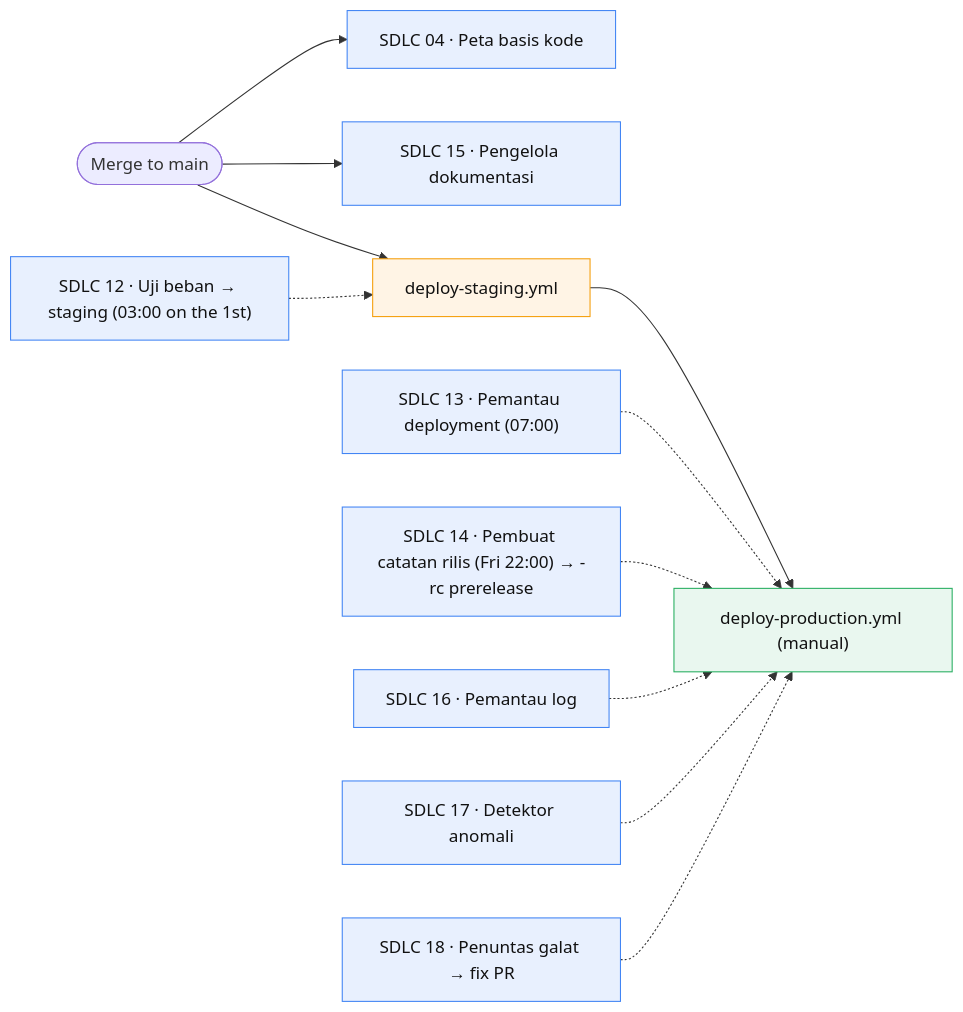
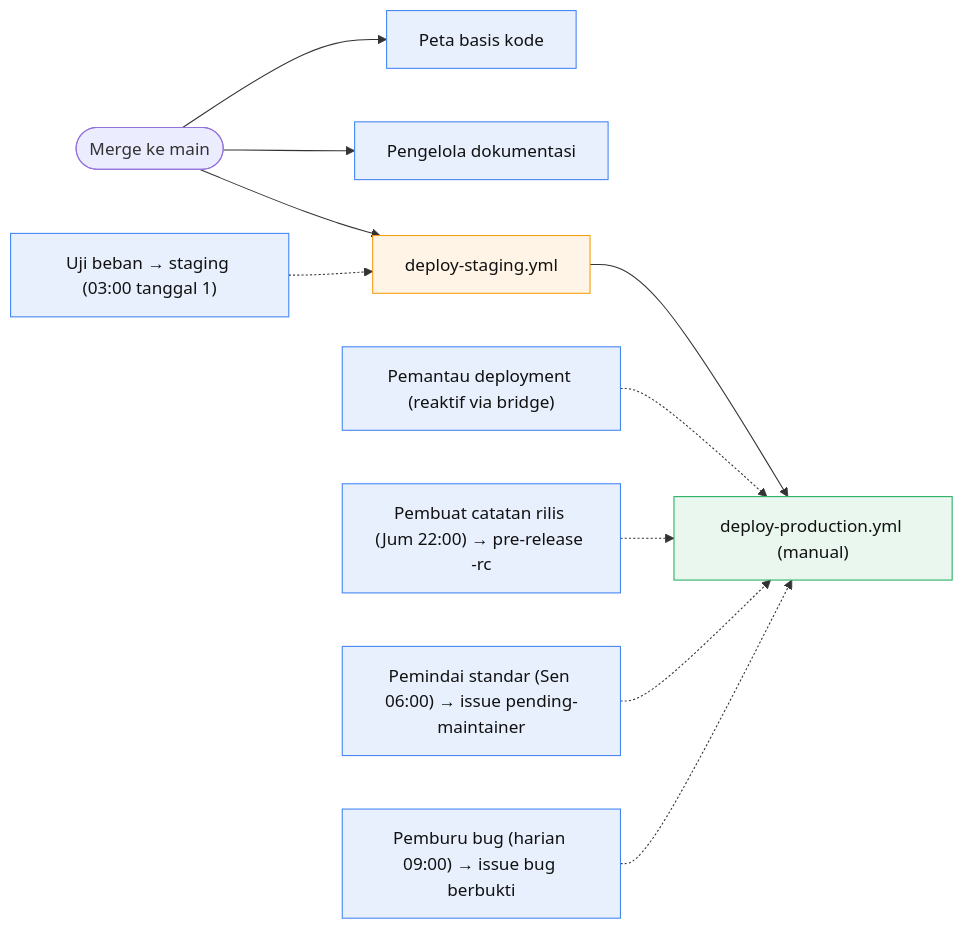
One commit to ypcipansor/cipansor changed the fourth of 5 diagrams in docs/SDLC-FLOW.md. Above: the diagram before and after it, drawn with Mermaid. The commit also changed other lines of this file and 21 other files, not shown here.

````diff
--- a/docs/SDLC-FLOW.md
+++ b/docs/SDLC-FLOW.md
@@ -139,18 +149,17 @@
 ```mermaid
 flowchart LR
   classDef cloud fill:#e8f0fe,stroke:#4285f4,color:#111;
   classDef gh fill:#fff4e5,stroke:#f59e0b,color:#111;
   classDef human fill:#e9f7ef,stroke:#27ae60,color:#111;
 
-  MG([Merge to main]) --> C4["SDLC 04 · Peta basis kode"]:::cloud
-  MG --> C15["SDLC 15 · Pengelola dokumentasi"]:::cloud
+  MG([Merge ke main]) --> C3["Peta basis kode"]:::cloud
+  MG --> C14["Pengelola dokumentasi"]:::cloud
   MG --> STG["deploy-staging.yml"]:::gh
   STG --> PROD["deploy-production.yml (manual)"]:::human
 
-  C12["SDLC 12 · Uji beban → staging (03:00 on the 1st)"]:::cloud -.-> STG
-  C13["SDLC 13 · Pemantau deployment (07:00)"]:::cloud -.-> PROD
-  C14["SDLC 14 · Pembuat catatan rilis (Fri 22:00) → -rc prerelease"]:::cloud -.-> PROD
-  C16["SDLC 16 · Pemantau log"]:::cloud -.-> PROD
-  C17["SDLC 17 · Detektor anomali"]:::cloud -.-> PROD
-  C18["SDLC 18 · Penuntas galat → fix PR"]:::cloud -.-> PROD
+  C11["Uji beban → staging (03:00 tanggal 1)"]:::cloud -.-> STG
+  C12["Pemantau deployment (reaktif via bridge)"]:::cloud -.-> PROD
+  C13["Pembuat catatan rilis (Jum 22:00) → pre-release -rc"]:::cloud -.-> PROD
+  C20["Pemindai standar (Sen 06:00) → issue pending-maintainer"]:::cloud -.-> PROD
+  C19["Pemburu bug (harian 09:00) → issue bug berbukti"]:::cloud -.-> PROD
 ```
````
